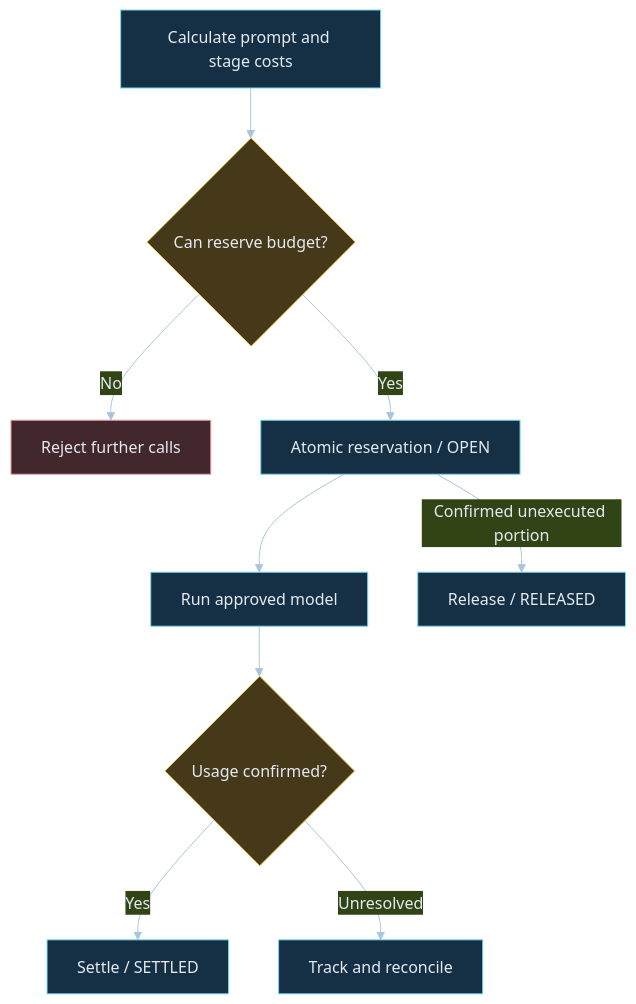
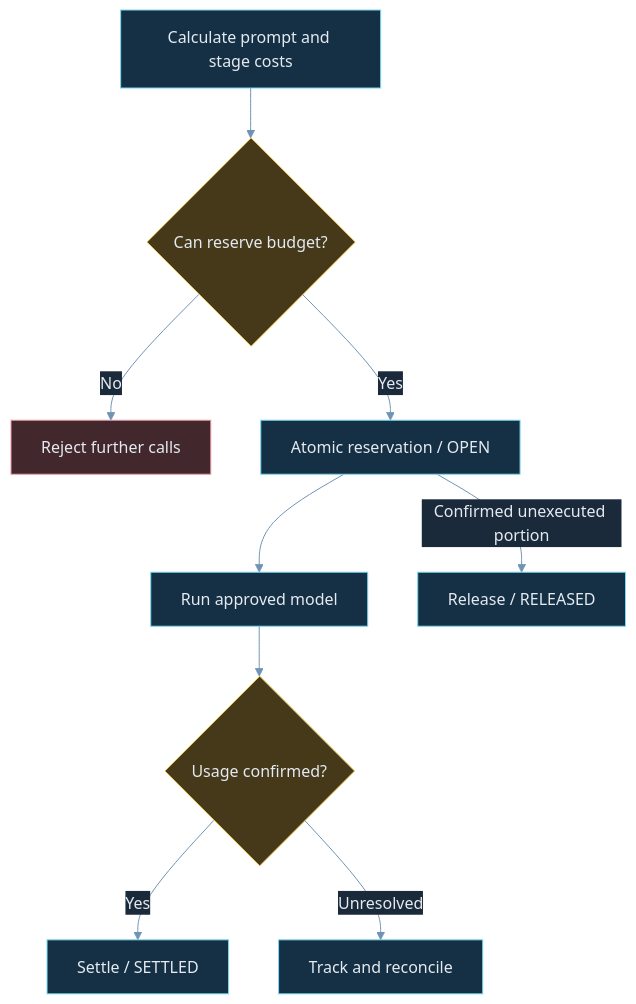
Before and after one commit to ai-agent-orchestrator/spring-memvid-ai-backend: the fifth of 5 diagrams in README.md, drawn with Mermaid. The commit also changed other lines of this file and 1 other file, not shown here.

First line of the commit message:
Fix mermaid edge-label and line contrast on light theme (EN/KO) (#1)

````diff
--- a/README.md
+++ b/README.md
@@ -228,18 +228,18 @@
 ```mermaid
-%%{init: {"theme":"base","themeVariables":{"background":"#101720","primaryColor":"#153044","primaryTextColor":"#e4eaf1","lineColor":"#a9c5dd","fontFamily":"Arial"}}}%%
+%%{init: {"theme":"base","themeVariables":{"background":"#101720","primaryColor":"#153044","primaryTextColor":"#e4eaf1","lineColor":"#6f93b5","edgeLabelBackground":"#1b2a3a","fontFamily":"Arial"}}}%%
 flowchart TB
     E["Calculate prompt and stage costs"] --> B{"Can reserve budget?"}
     B -->|No| D["Reject further calls"]
     B -->|Yes| O["Atomic reservation / OPEN"]
     O --> X["Run approved model"]
     X --> U{"Usage confirmed?"}
     U -->|Yes| S["Settle / SETTLED"]
     U -->|Unresolved| P["Track and reconcile"]
     O -->|Confirmed unexecuted portion| R["Release / RELEASED"]
     classDef process fill:#153044,stroke:#76d9f0,color:#e4eaf1;
     classDef decision fill:#46391a,stroke:#e5c24e,color:#e4eaf1;
     classDef stop fill:#42272d,stroke:#e99aa6,color:#e4eaf1;
     class E,O,X,S,P,R process;
     class B,U decision;
     class D stop;
 ```
````
